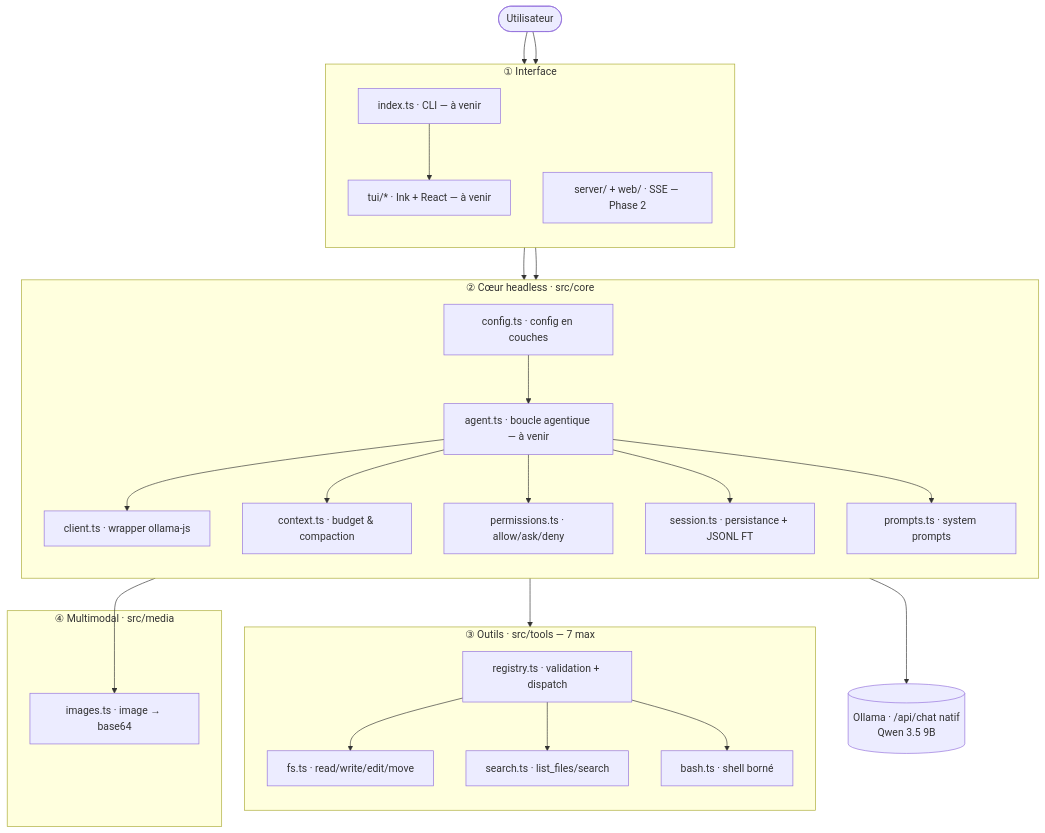
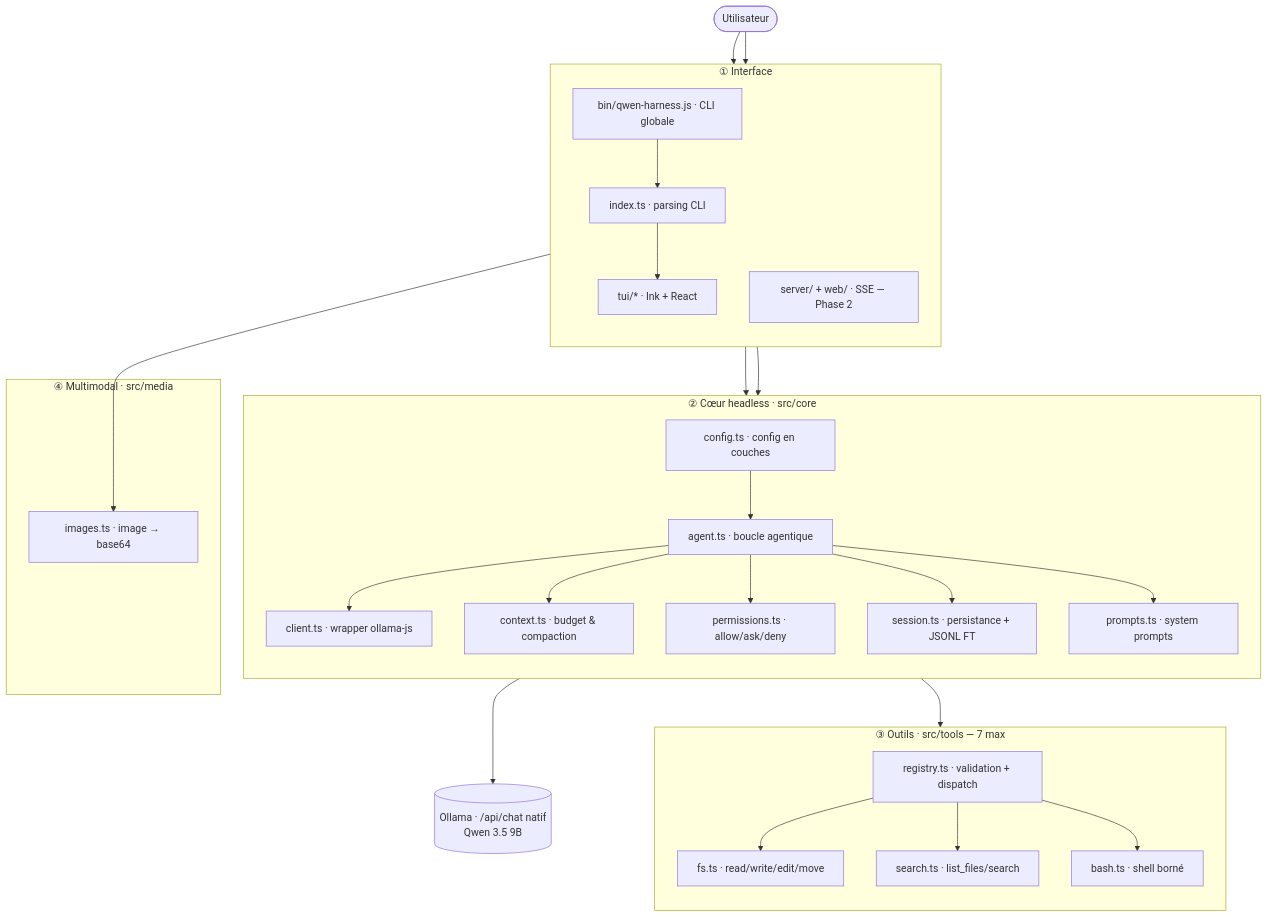
Before and after one commit to Tromset/Ollama-Code: the second of 10 diagrams in DOCUMENTATION.md, drawn with Mermaid. The commit also changed other lines of this file and 3 other files, not shown here.

Commit message:
feat: update documentation and README for qwen-harness setup and usage

````diff
--- a/DOCUMENTATION.md
+++ b/DOCUMENTATION.md
@@ -117,54 +120,56 @@
 ```mermaid
 flowchart TB
     U([Utilisateur])
 
     subgraph L1["① Interface"]
         direction TB
-        CLI["index.ts · CLI — à venir"]
-        TUI["tui/* · Ink + React — à venir"]
+        BIN["bin/qwen-harness.js · CLI globale"]
+        CLI["index.ts · parsing CLI"]
+        TUI["tui/* · Ink + React"]
         WEB["server/ + web/ · SSE — Phase 2"]
     end
 
     subgraph L2["② Cœur headless · src/core"]
         direction TB
-        AGENT["agent.ts · boucle agentique — à venir"]
+        AGENT["agent.ts · boucle agentique"]
         CLIENT["client.ts · wrapper ollama-js"]
         CTX["context.ts · budget & compaction"]
         PERM["permissions.ts · allow/ask/deny"]
         SESS["session.ts · persistance + JSONL FT"]
         PROMPTS["prompts.ts · system prompts"]
         CONFIG["config.ts · config en couches"]
     end
 
     subgraph L3["③ Outils · src/tools — 7 max"]
         direction TB
         REG["registry.ts · validation + dispatch"]
         FS["fs.ts · read/write/edit/move"]
         SEARCH["search.ts · list_files/search"]
         BASH["bash.ts · shell borné"]
     end
 
     subgraph L4["④ Multimodal · src/media"]
         IMG["images.ts · image → base64"]
     end
 
     O[("Ollama · /api/chat natif<br/>Qwen 3.5 9B")]
 
-    U --> TUI
     U --> CLI
+    U --> BIN
+    BIN --> CLI
     CLI --> TUI
     TUI --> AGENT
     WEB --> AGENT
     AGENT --> CLIENT
     CLIENT --> O
     AGENT --> CTX
     AGENT --> PERM
     AGENT --> SESS
     AGENT --> PROMPTS
     AGENT --> REG
     REG --> FS
     REG --> SEARCH
     REG --> BASH
-    AGENT --> IMG
+    TUI --> IMG
     CONFIG --> AGENT
 ```
````
